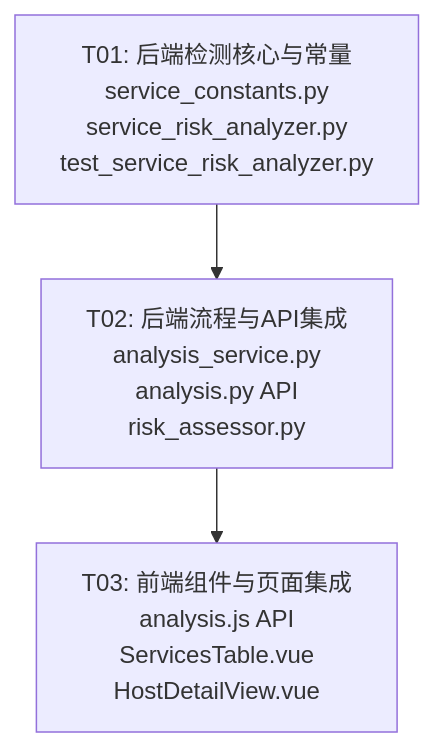
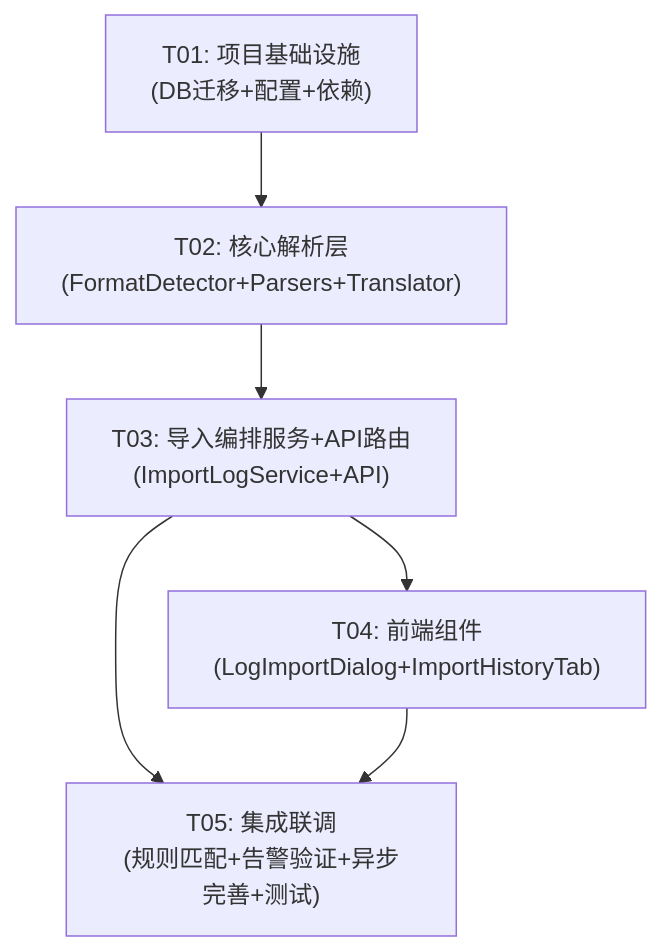
The third of 3 diagrams in docs/system_design.md (xyz0915/ir-platform), drawn with Mermaid before and after one commit. The commit also changed other lines of this file and 130 other files, not shown here.

````diff
--- a/docs/system_design.md
+++ b/docs/system_design.md
@@ -476,8 +597,14 @@
 ```mermaid
 graph TD
-    T01[T01: 后端检测核心与常量<br/>service_constants.py<br/>service_risk_analyzer.py<br/>test_service_risk_analyzer.py]
-    T02[T02: 后端流程与API集成<br/>analysis_service.py<br/>analysis.py API<br/>risk_assessor.py]
-    T03[T03: 前端组件与页面集成<br/>analysis.js API<br/>ServicesTable.vue<br/>HostDetailView.vue]
+    T01["T01: 项目基础设施<br/>(DB迁移+配置+依赖)"]
+    T02["T02: 核心解析层<br/>(FormatDetector+Parsers+Translator)"]
+    T03["T03: 导入编排服务+API路由<br/>(ImportLogService+API)"]
+    T04["T04: 前端组件<br/>(LogImportDialog+ImportHistoryTab)"]
+    T05["T05: 集成联调<br/>(规则匹配+告警验证+异步完善+测试)"]
 
-    T01 --> T02 --> T03
+    T01 --> T02
+    T02 --> T03
+    T03 --> T04
+    T03 --> T05
+    T04 --> T05
 ```
````
